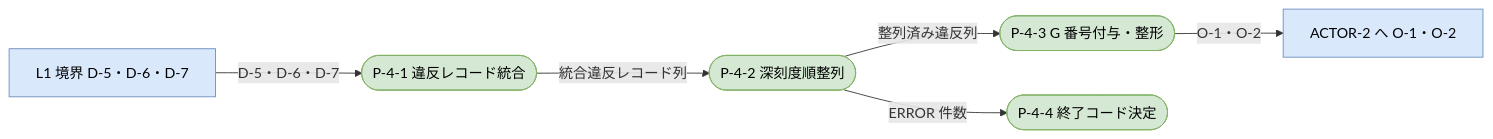
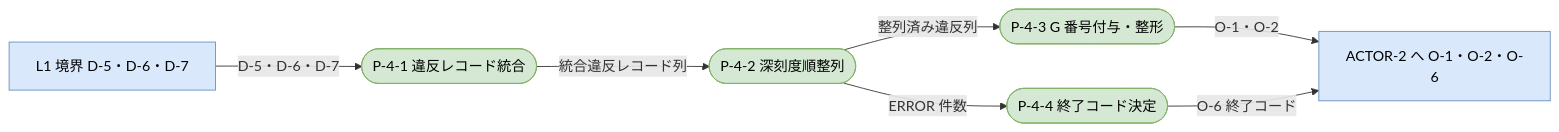
One commit to hiratashinnya/review-system changed diagram 14 of 15 in doc-system/03-analysis/00-dfd.md. Above: the diagram before and after it, drawn with Mermaid. The commit also changed other lines of this file and 5 other files, not shown here.

````diff
--- a/doc-system/03-analysis/00-dfd.md
+++ b/doc-system/03-analysis/00-dfd.md
@@ -372,19 +374,20 @@
 ```mermaid
 flowchart LR
   classDef l1ext fill:#dae8fc,stroke:#6c8ebf,color:#000
   classDef proc  fill:#d5e8d4,stroke:#82b366,color:#000
 
   B["L1 境界 D-5・D-6・D-7"]:::l1ext
-  LA2["ACTOR-2 へ O-1・O-2"]:::l1ext
+  LA2["ACTOR-2 へ O-1・O-2・O-6"]:::l1ext
 
   P41(["P-4-1 違反レコード統合"]):::proc
   P42(["P-4-2 深刻度順整列"]):::proc
   P43(["P-4-3 G 番号付与・整形"]):::proc
   P44(["P-4-4 終了コード決定"]):::proc
 
   B   -->|"D-5・D-6・D-7"| P41
   P41 -->|"統合違反レコード列"| P42
   P42 -->|"整列済み違反列"| P43
   P43 -->|"O-1・O-2"| LA2
   P42 -->|"ERROR 件数"| P44
+  P44 -->|"O-6 終了コード"| LA2
 ```
````
